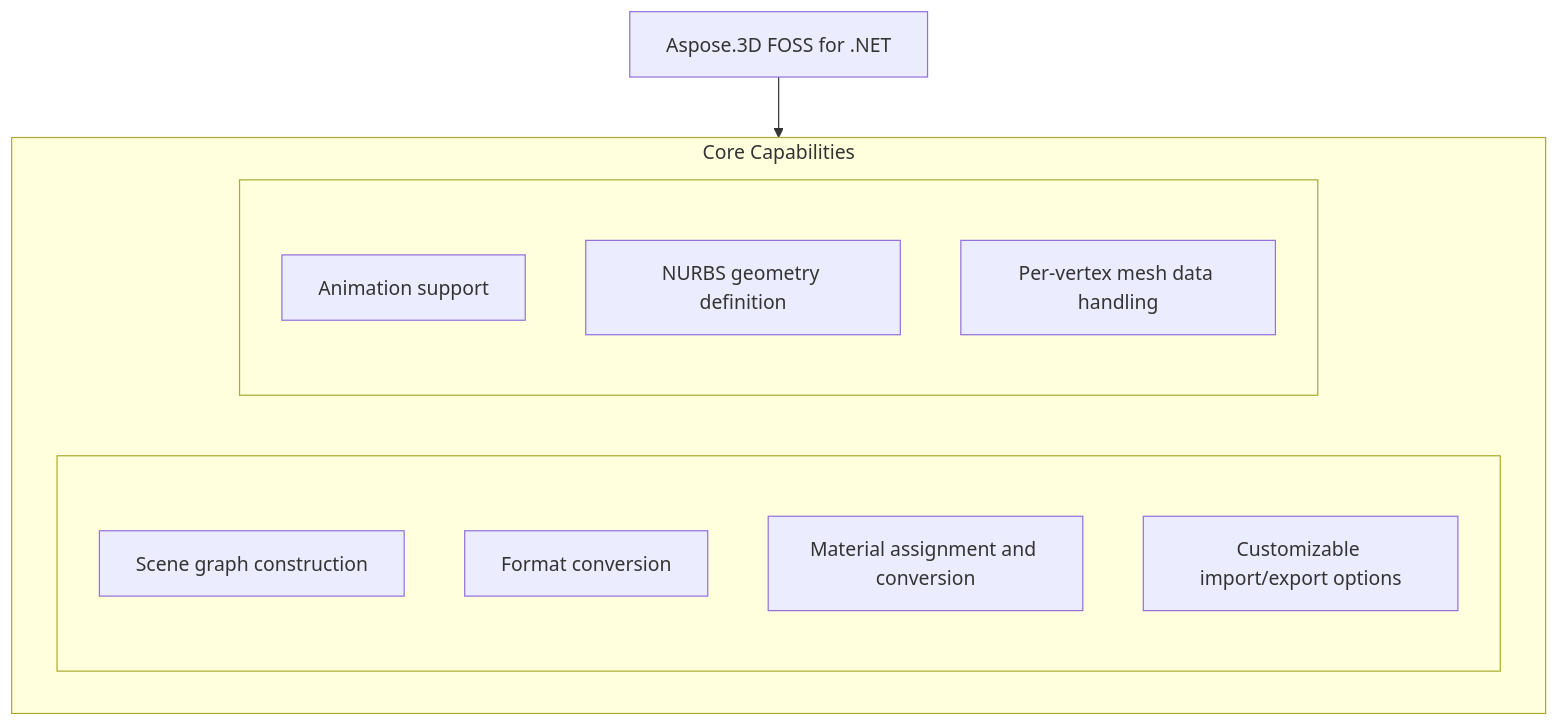
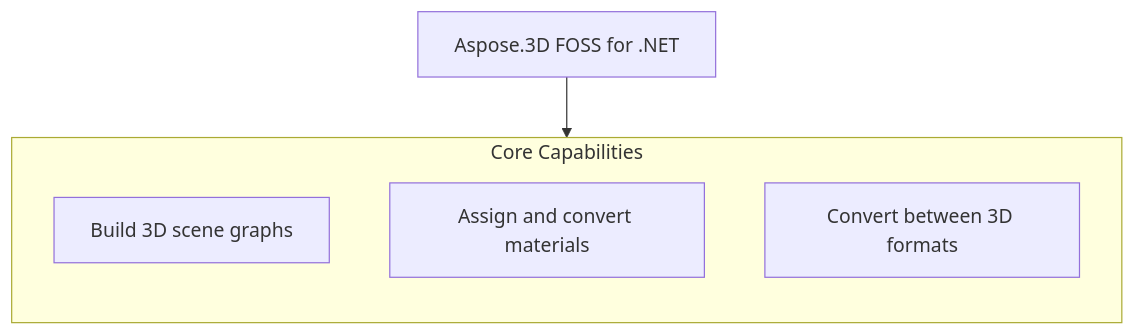
Before and after one commit to babar-raza/repository-presenter: the diagram in candidates/aspose-3d-foss__Aspose.3D-FOSS-for-.NET/52b0f00ebf28a0b4173921725ff170685ec2c502/README.md, drawn with Mermaid. The commit also changed other lines of this file and 11 other files, not shown here.

````diff
--- a/candidates/aspose-3d-foss__Aspose.3D-FOSS-for-.NET/52b0f00ebf28a0b4173921725ff170685ec2c502/README.md
+++ b/candidates/aspose-3d-foss__Aspose.3D-FOSS-for-.NET/52b0f00ebf28a0b4173921725ff170685ec2c502/README.md
@@ -25,21 +25,11 @@
 ```mermaid
 flowchart TD
   PRODUCT["Aspose.3D FOSS for .NET"]
   subgraph Capabilities["Core Capabilities"]
-    direction LR
-    subgraph capl[" "]
-      direction TB
-      c1["Scene graph construction"]
-      c2["Format conversion"]
-      c3["Material assignment and conversion"]
-      c4["Customizable import/export options"]
-    end
-    subgraph capr[" "]
-      direction TB
-      c5["Animation support"]
-      c6["NURBS geometry definition"]
-      c7["Per-vertex mesh data handling"]
-    end
+    direction TB
+    c1["Build 3D scene graphs"]
+    c2["Assign and convert materials"]
+    c3["Convert between 3D formats"]
   end
   PRODUCT --> Capabilities
 ```
````
